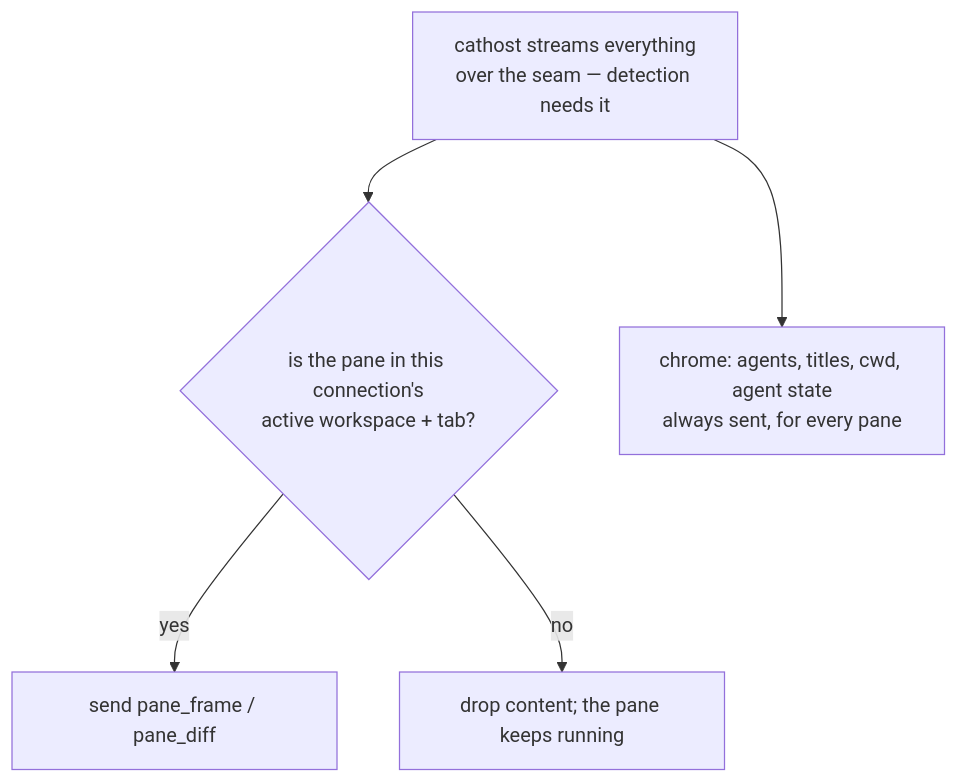
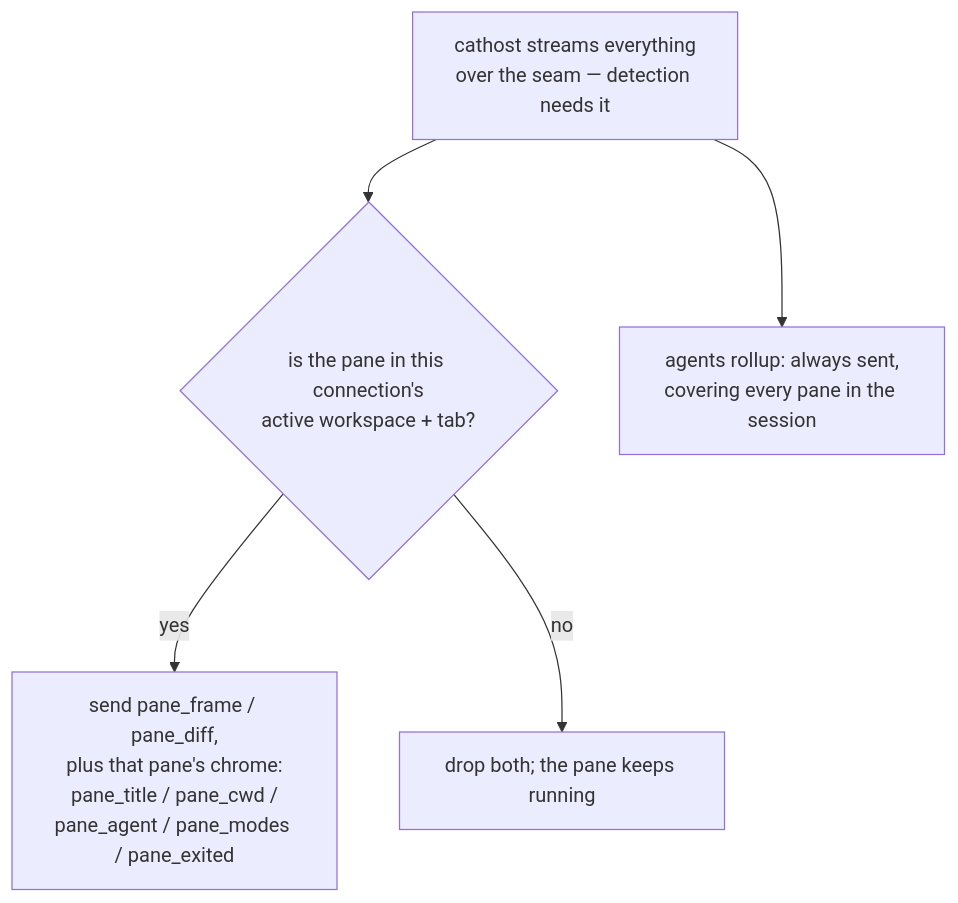
Before and after one commit to rohanthewiz/cats: the second of 2 diagrams in docs/protocols/browser-protocol.md, drawn with Mermaid. The commit also changed other lines of this file and 5 other files, not shown here.

````diff
--- a/docs/protocols/browser-protocol.md
+++ b/docs/protocols/browser-protocol.md
@@ -114,13 +114,13 @@
 ```mermaid
 flowchart TD
   D["cathost streams everything<br/>over the seam — detection needs it"]
   F{"is the pane in this connection's<br/>active workspace + tab?"}
-  Y["send pane_frame / pane_diff"]
-  N["drop content; the pane keeps running"]
-  C["chrome: agents, titles, cwd, agent state<br/>always sent, for every pane"]
+  Y["send pane_frame / pane_diff,<br/>plus that pane's chrome:<br/>pane_title / pane_cwd /<br/>pane_agent / pane_modes / pane_exited"]
+  N["drop both; the pane keeps running"]
+  C["agents rollup: always sent,<br/>covering every pane in the session"]
 
   D --> F
   F -->|"yes"| Y
   F -->|"no"| N
   D --> C
 ```
````
